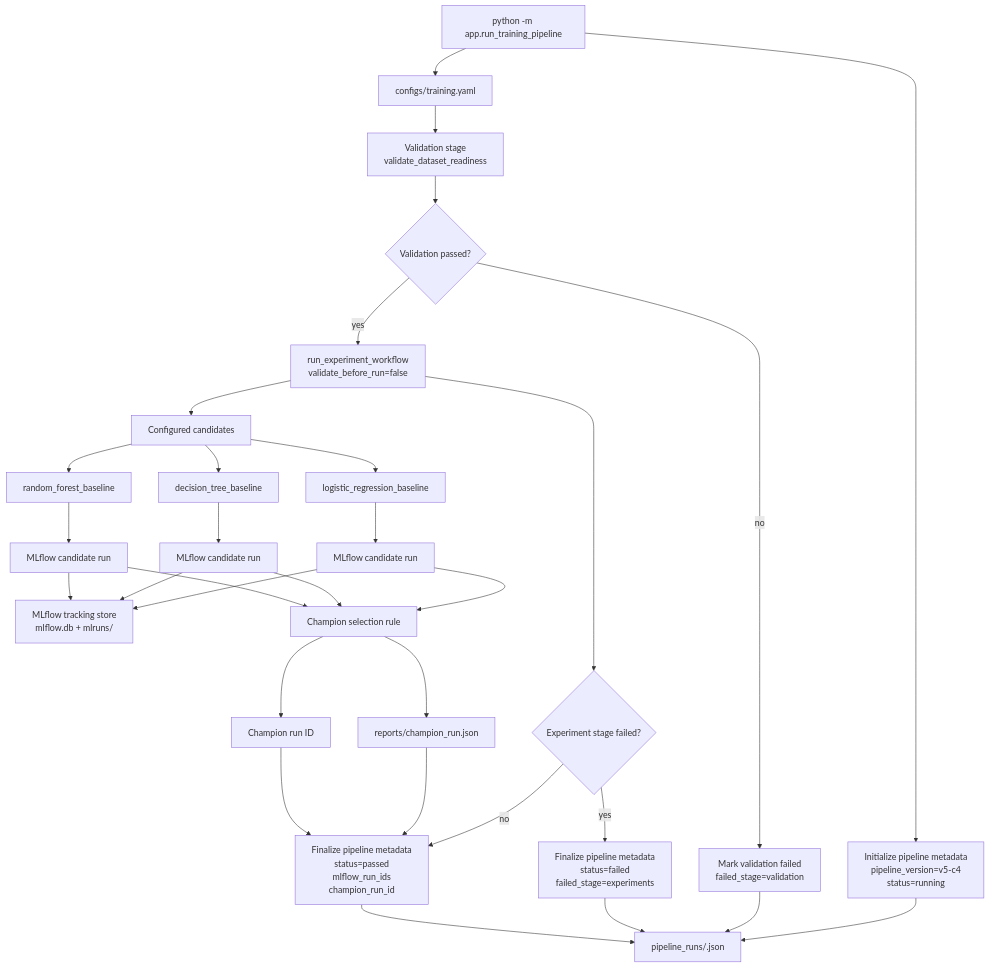
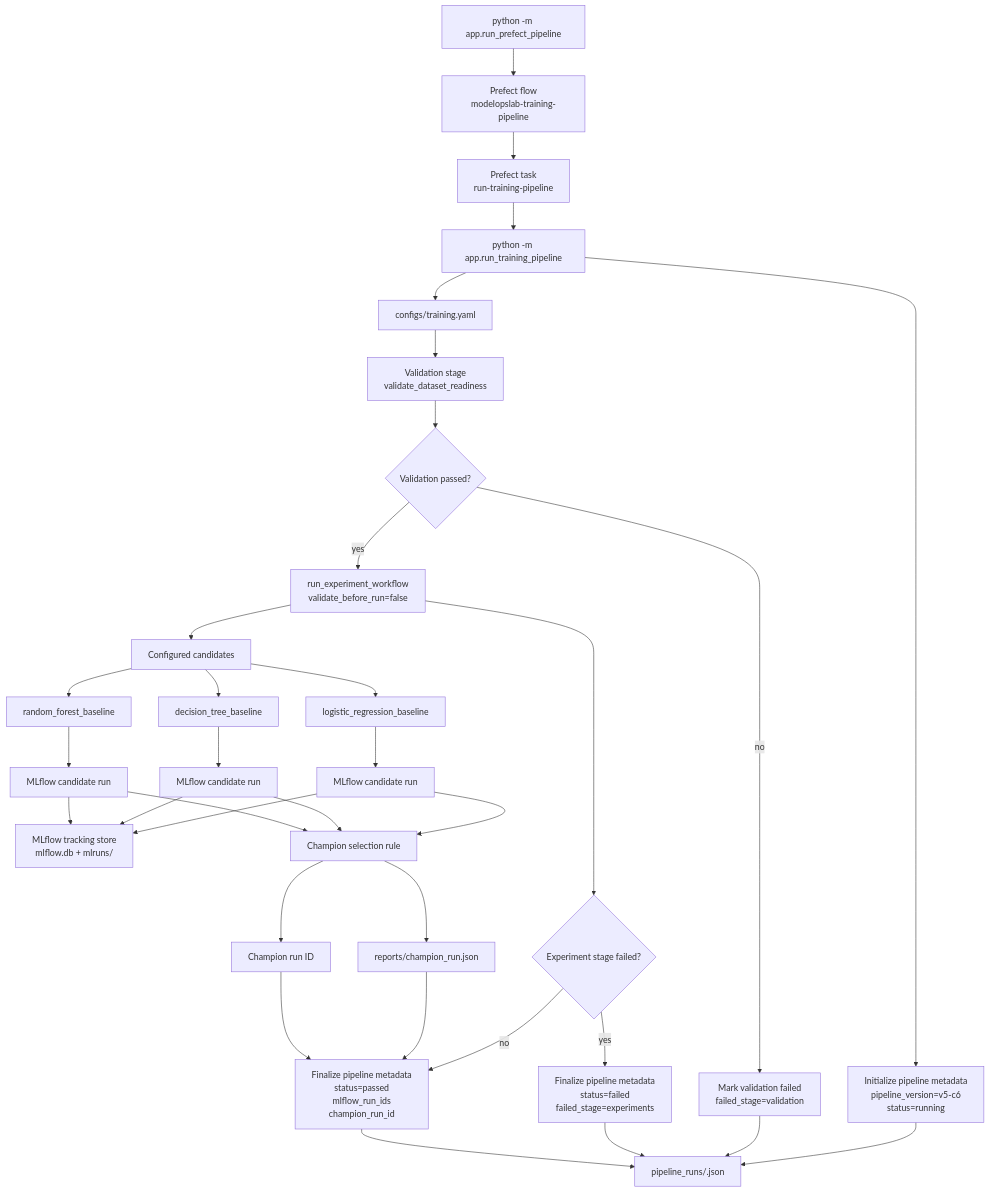
The diagram in docs/diagrams/v5_training_pipeline_flow.md (git4alauddin/model-ops-lab), drawn with Mermaid before and after one commit. The commit also changed other lines of this file and 13 other files, not shown here.

````diff
--- a/docs/diagrams/v5_training_pipeline_flow.md
+++ b/docs/diagrams/v5_training_pipeline_flow.md
@@ -7,67 +7,74 @@
 ```mermaid
 flowchart TD
+    prefect_cmd["python -m app.run_prefect_pipeline"]
+    prefect_flow["Prefect flow<br/>modelopslab-training-pipeline"]
+    prefect_task["Prefect task<br/>run-training-pipeline"]
     pipeline_cmd["python -m app.run_training_pipeline"]
     config["configs/training.yaml"]
-    metadata_start["Initialize pipeline metadata<br/>pipeline_version=v5-c4<br/>status=running"]
+    metadata_start["Initialize pipeline metadata<br/>pipeline_version=v5-c6<br/>status=running"]
     validation["Validation stage<br/>validate_dataset_readiness"]
     validation_gate{"Validation passed?"}
     validation_failed["Mark validation failed<br/>failed_stage=validation"]
 
     experiment_workflow["run_experiment_workflow<br/>validate_before_run=false"]
     candidates["Configured candidates"]
     logreg["logistic_regression_baseline"]
     tree["decision_tree_baseline"]
     forest["random_forest_baseline"]
 
     run_a["MLflow candidate run"]
     run_b["MLflow candidate run"]
     run_c["MLflow candidate run"]
     mlflow["MLflow tracking store<br/>mlflow.db + mlruns/"]
 
     selection["Champion selection rule"]
     champion_report["reports/champion_run.json"]
     champion["Champion run ID"]
     metadata_passed["Finalize pipeline metadata<br/>status=passed<br/>mlflow_run_ids<br/>champion_run_id"]
     metadata_failed["Finalize pipeline metadata<br/>status=failed<br/>failed_stage=experiments"]
     pipeline_output["pipeline_runs/<pipeline_run_id>.json"]
 
     experiment_failed{"Experiment stage failed?"}
+
+    prefect_cmd --> prefect_flow
+    prefect_flow --> prefect_task
+    prefect_task --> pipeline_cmd
 
     pipeline_cmd --> config
     pipeline_cmd --> metadata_start
     metadata_start --> pipeline_output
     config --> validation
     validation --> validation_gate
 
     validation_gate -- no --> validation_failed
     validation_failed --> pipeline_output
 
     validation_gate -- yes --> experiment_workflow
     experiment_workflow --> candidates
     candidates --> logreg
     candidates --> tree
     candidates --> forest
 
     logreg --> run_a
     tree --> run_b
     forest --> run_c
 
     run_a --> mlflow
     run_b --> mlflow
     run_c --> mlflow
 
     run_a --> selection
     run_b --> selection
     run_c --> selection
     selection --> champion_report
     selection --> champion
 
     experiment_workflow --> experiment_failed
     experiment_failed -- yes --> metadata_failed
     metadata_failed --> pipeline_output
 
     experiment_failed -- no --> metadata_passed
     champion_report --> metadata_passed
     champion --> metadata_passed
     metadata_passed --> pipeline_output
 ```
````
